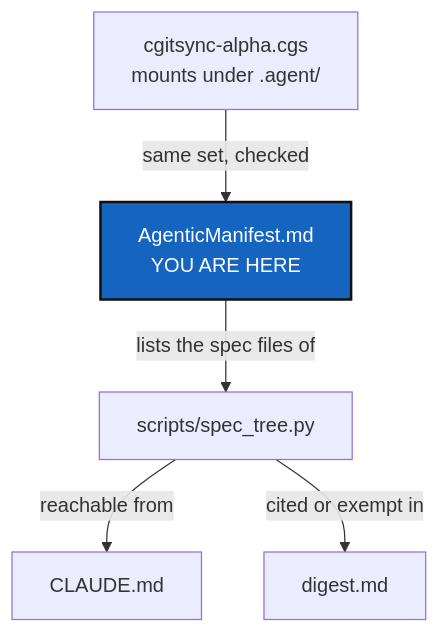
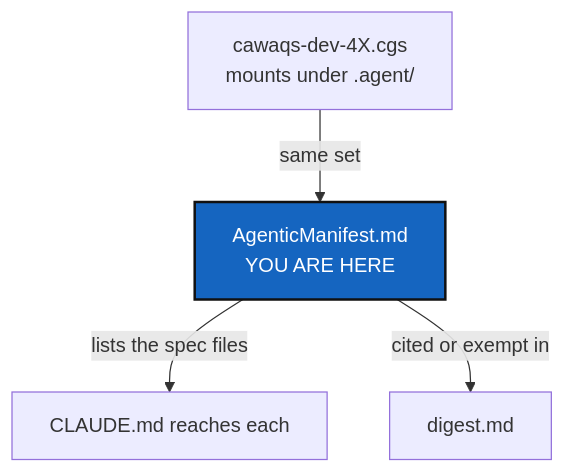
The diagram in AgenticManifest.md (flipoyo/.localSpec), drawn with Mermaid before and after one commit. The commit also changed other lines of this file and 4 other files, not shown here.

Commit message:
cawaqs-4.3.0 SemVer in C, libprint 1.25, versioning.py in .dev, scripts 1.0.0 with -p/-b and build_tree.sh Releases 4.2.0 and 4.3.0 delivered as one change (D15); src/Makefile V_CAW is unquoted; no main moved

````diff
--- a/AgenticManifest.md
+++ b/AgenticManifest.md
@@ -31,10 +31,9 @@
 ```mermaid
 graph TD
-    CGS["cgitsync-alpha.cgs<br/>mounts under .agent/"] -->|same set, checked| M["AgenticManifest.md<br/>YOU ARE HERE"]
-    M -->|lists the spec files of| SPEC["scripts/spec_tree.py"]
-    SPEC -->|reachable from| ROOT["CLAUDE.md"]
-    SPEC -->|cited or exempt in| DIG["digest.md"]
+    CGS["cawaqs-dev-4X.cgs<br/>mounts under .agent/"] -->|same set| M["AgenticManifest.md<br/>YOU ARE HERE"]
+    M -->|lists the spec files| ROOT["CLAUDE.md reaches each"]
+    M -->|cited or exempt in| DIG["digest.md"]
 
     classDef here fill:#1565C0,color:#fff,stroke:#111,stroke-width:2px;
     class M here;
 ```
````
